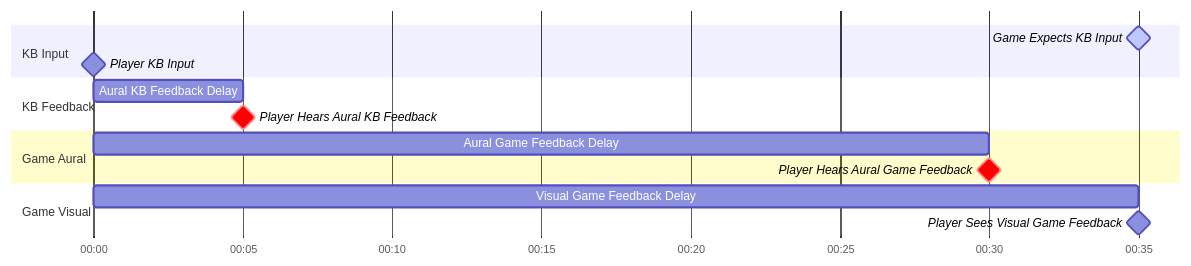
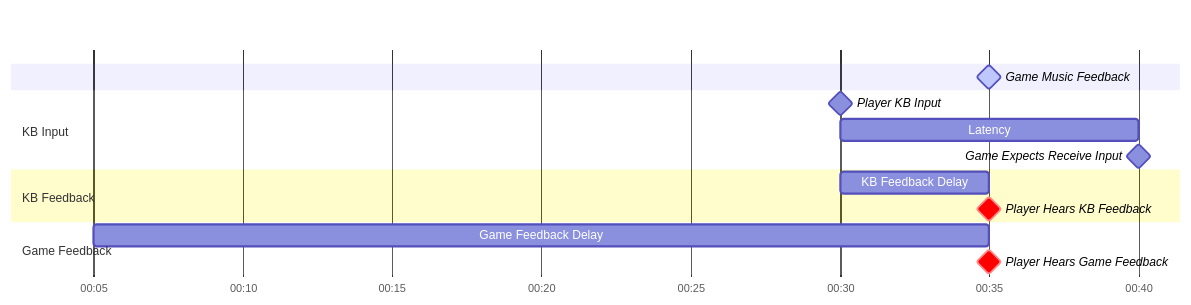
One commit to Eve-ning/Eve-ning.github.io changed the eighth of 14 diagrams in _posts/2024-10-04-hitsounds.md. Above: the diagram before and after it, drawn with Mermaid. The commit also changed other lines of this file, not shown here.

````diff
--- a/_posts/2024-10-04-hitsounds.md
+++ b/_posts/2024-10-04-hitsounds.md
@@ -330,20 +310,19 @@
 ```mermaid
 gantt
   dateFormat mm:ss
   axisFormat %M:%S
+
+  Game Music Feedback: active, milestone, 00:35,
   section KB Input
-    Game Expects KB Input: active, milestone, 00:35,
-    Player KB Input: milestone, 00:00,
+    Player KB Input: milestone, 00:30,
+    Latency: 00:30, 00:40
+    Game Expects Receive Input: milestone, 00:40
 
   section KB Feedback
-    Aural KB Feedback Delay: 00:00, 00:05
-    Player Hears Aural KB Feedback: crit, milestone, 00:05,
+    KB Feedback Delay: 00:30, 00:35
+    Player Hears KB Feedback: crit, milestone, 00:35,
 
-  section Game Aural
-    Aural Game Feedback Delay: 00:00, 00:30
-    Player Hears Aural Game Feedback: crit, milestone, 00:30,
-
-  section Game Visual
-    Visual Game Feedback Delay: 00:00, 00:35
-    Player Sees Visual Game Feedback: milestone, 00:35,
+  section Game Feedback
+    Game Feedback Delay: 00:05, 00:35
+    Player Hears Game Feedback: crit, milestone, 00:35,
 ```
````
